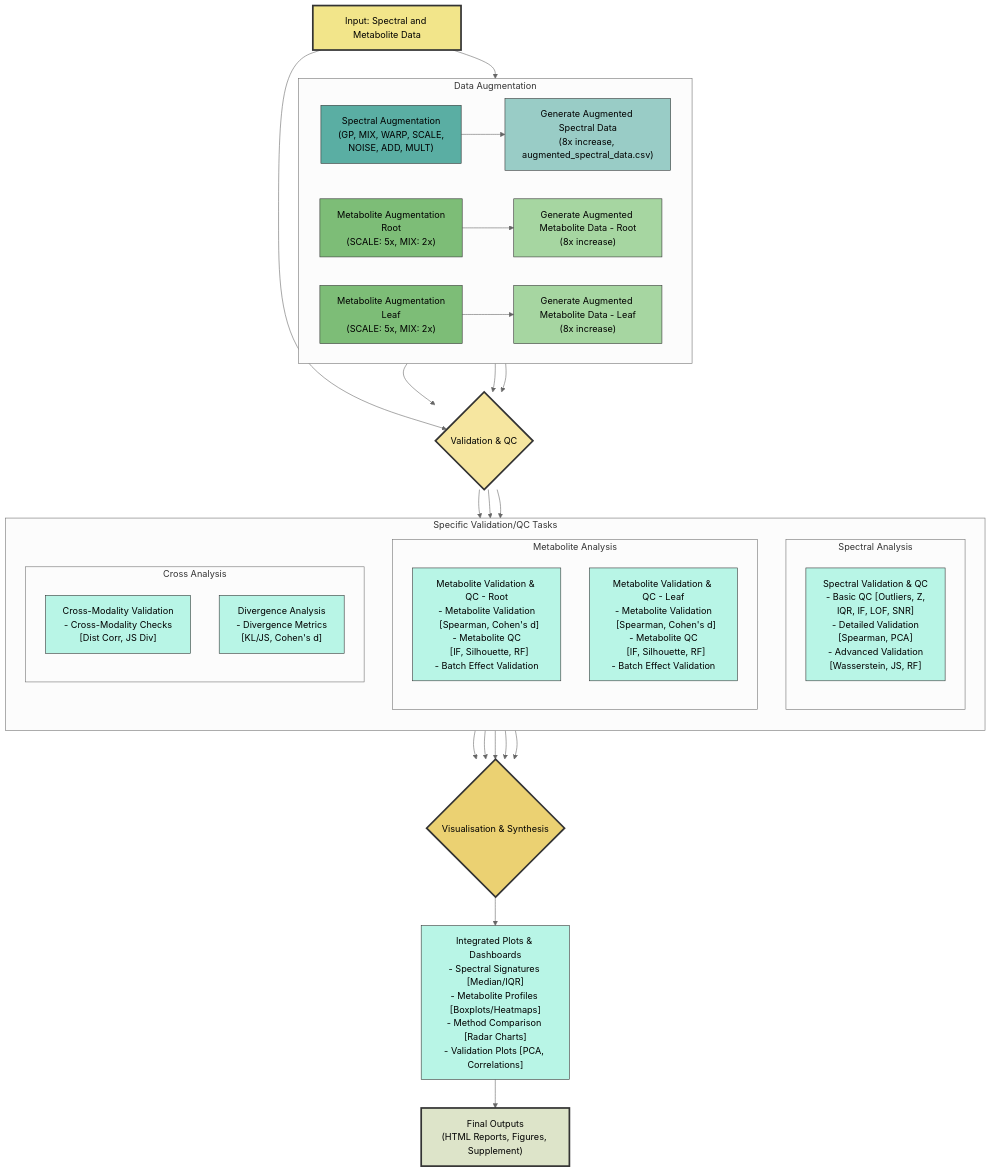
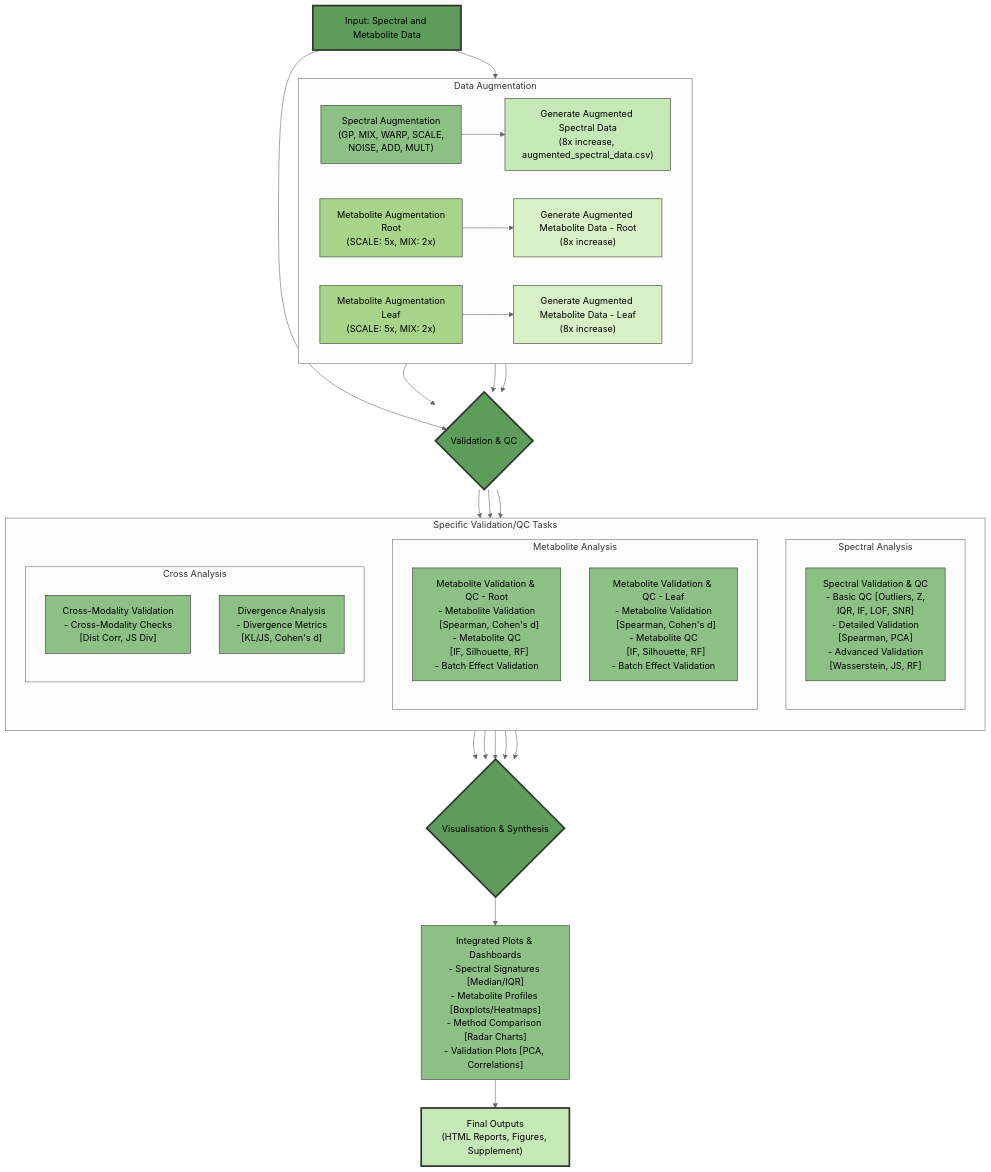
Before and after one commit to shoaibms/mofa_transformer: the second of 3 diagrams in README.md, drawn with Mermaid (neutral theme). The commit also changed other lines of this file, not shown here.

````diff
--- a/README.md
+++ b/README.md
@@ -248,14 +267,14 @@
     L --> M
     
     %% Styling
-    classDef inputStyle fill:#f2e58a,stroke:#333,stroke-width:3px
-    classDef spectralStyle fill:#5aaea3,stroke:#333,stroke-width:1px
-    classDef metaStyle fill:#7dbd77,stroke:#333,stroke-width:1px
-    classDef lightSpectralStyle fill:#99ccc6,stroke:#333,stroke-width:1px
-    classDef lightMetaStyle fill:#a6d6a1,stroke:#333,stroke-width:1px
-    classDef validationStyle fill:#f6e6a0,stroke:#333,stroke-width:3px
-    classDef taskStyle fill:#b8f5e6, stroke:#333,stroke-width:1px
-    classDef vizStyle fill:#ebd172,stroke:#333,stroke-width:3px
-    classDef reportStyle fill:#dde4c9,stroke:#333,stroke-width:3px
-    classDef outputStyle fill:#f0f4e8,stroke:#333,stroke-width:1px
+    classDef inputStyle fill:#5d9c59,stroke:#333,stroke-width:3px
+    classDef spectralStyle fill:#8cc084,stroke:#333,stroke-width:1px
+    classDef metaStyle fill:#a7d489,stroke:#333,stroke-width:1px
+    classDef lightSpectralStyle fill:#c5e8b7,stroke:#333,stroke-width:1px
+    classDef lightMetaStyle fill:#d8f0c6,stroke:#333,stroke-width:1px
+    classDef validationStyle fill:#5d9c59,stroke:#333,stroke-width:3px
+    classDef taskStyle fill:#8cc084, stroke:#333,stroke-width:1px
+    classDef vizStyle fill:#5d9c59,stroke:#333,stroke-width:3px
+    classDef reportStyle fill:#c5e8b7,stroke:#333,stroke-width:3px
+    classDef outputStyle fill:#e7f5d9,stroke:#333,stroke-width:1px
 ```
````
